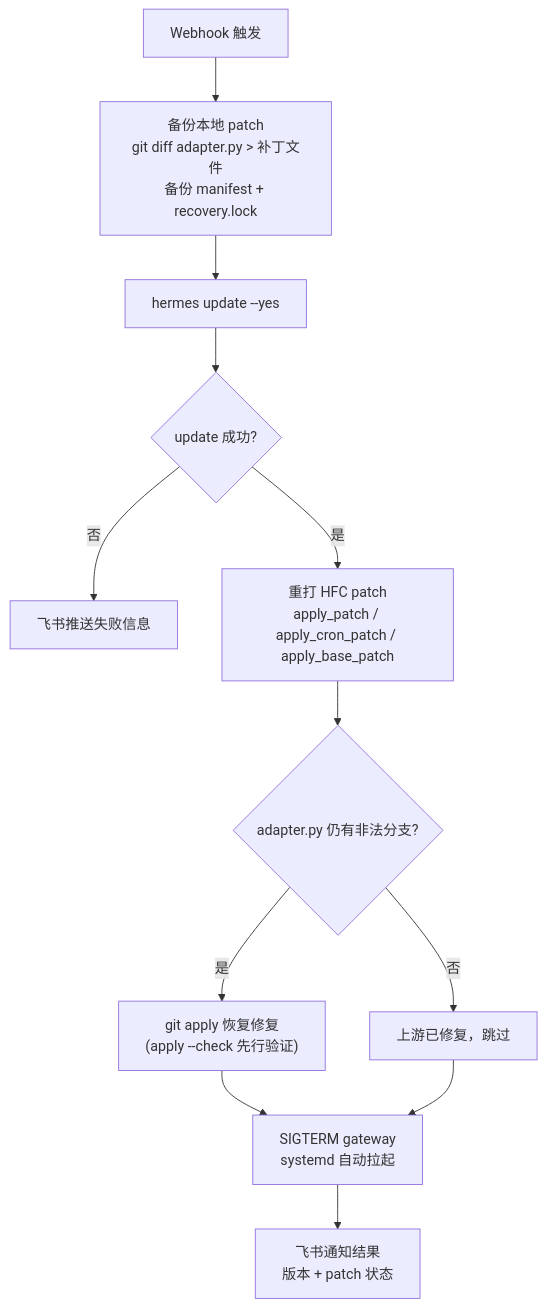
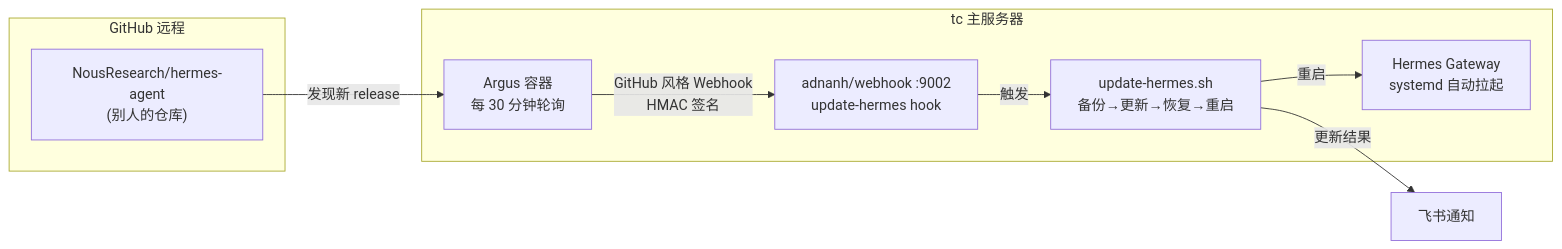
Before and after one commit to Cassius0924/Cassius0924.github.io: the second of 2 diagrams in content/posts/给hermes加上github-release自动订阅更新.md, drawn with Mermaid. The commit also changed other lines of this file, not shown here.

Commit message:
docs: 重写为方法论——GitHub Release 自动化更新三模式（Webhook/Argus/Cron）

```diff
--- a/content/posts/给hermes加上github-release自动订阅更新.md
+++ b/content/posts/给hermes加上github-release自动订阅更新.md
@@ -212,14 +178,19 @@
 <pre class="mermaid">
-flowchart TD
-    A["Webhook 触发"] --> B["备份本地 patch<br/>git diff adapter.py &gt; 补丁文件<br/>备份 manifest + recovery.lock"]
-    B --> C["hermes update --yes"]
-    C --> D{"update 成功?"}
-    D -- "否" --> E["飞书推送失败信息"]
-    D -- "是" --> F["重打 HFC patch<br/>apply_patch / apply_cron_patch / apply_base_patch"]
-    F --> G{"adapter.py 仍有非法分支?"}
-    G -- "是" --> H["git apply 恢复修复<br/>(apply --check 先行验证)"]
-    G -- "否" --> I["上游已修复，跳过"]
-    H --> J["SIGTERM gateway<br/>systemd 自动拉起"]
-    I --> J
-    J --> K["飞书通知结果<br/>版本 + patch 状态"]
+flowchart LR
+    subgraph GitHub["GitHub 远程"]
+        R1["NousResearch/hermes-agent<br/>(别人的仓库)"]
+    end
+    subgraph TC["tc 主服务器"]
+        A["Argus 容器<br/>每 30 分钟轮询"]
+        W["adnanh/webhook :9002<br/>update-hermes hook"]
+        S["update-hermes.sh<br/>备份→更新→恢复→重启"]
+        G["Hermes Gateway<br/>systemd 自动拉起"]
+    end
+    U["飞书通知"]
+
+    R1 -- "发现新 release" --> A
+    A -- "GitHub 风格 Webhook<br/>HMAC 签名" --> W
+    W -- "触发" --> S
+    S -- "重启" --> G
+    S -- "更新结果" --> U
 </pre>
```
